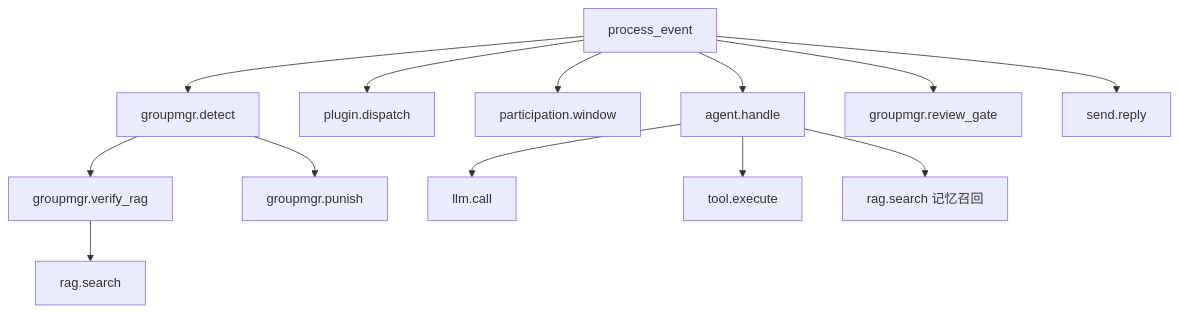
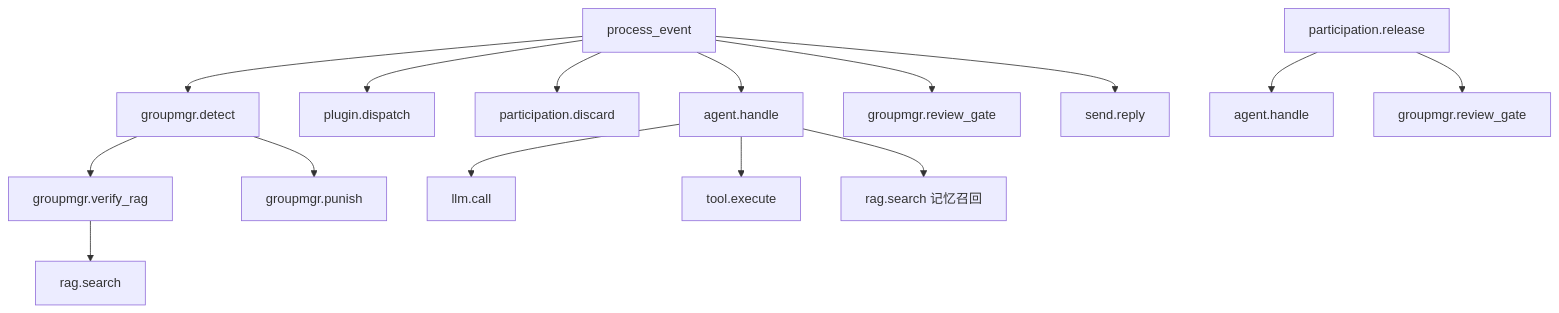
One commit to JuanNiangDev/JuanNiang-Neo changed the second of 3 diagrams in docs/observability.md. Above: the diagram before and after it, drawn with Mermaid. The commit also changed other lines of this file and 4 other files, not shown here.

````diff
--- a/docs/observability.md
+++ b/docs/observability.md
@@ -197,15 +200,17 @@
 ```mermaid
 graph TD
     P[process_event] --> GM[groupmgr.detect]
     GM --> VR[groupmgr.verify_rag]
     VR --> RS[rag.search]
     GM --> PR[groupmgr.punish]
     P --> PD[plugin.dispatch]
-    P --> PW[participation.window]
+    P --> PD2[participation.discard]
     P --> AH[agent.handle]
     AH --> LC2[llm.call]
     AH --> TE[tool.execute]
     AH --> SR[rag.search 记忆召回]
     P --> RG[groupmgr.review_gate]
     P --> SP[send.reply]
+    R[participation.release] --> RAH[agent.handle]
+    R --> RGM[groupmgr.review_gate]
 ```
````
